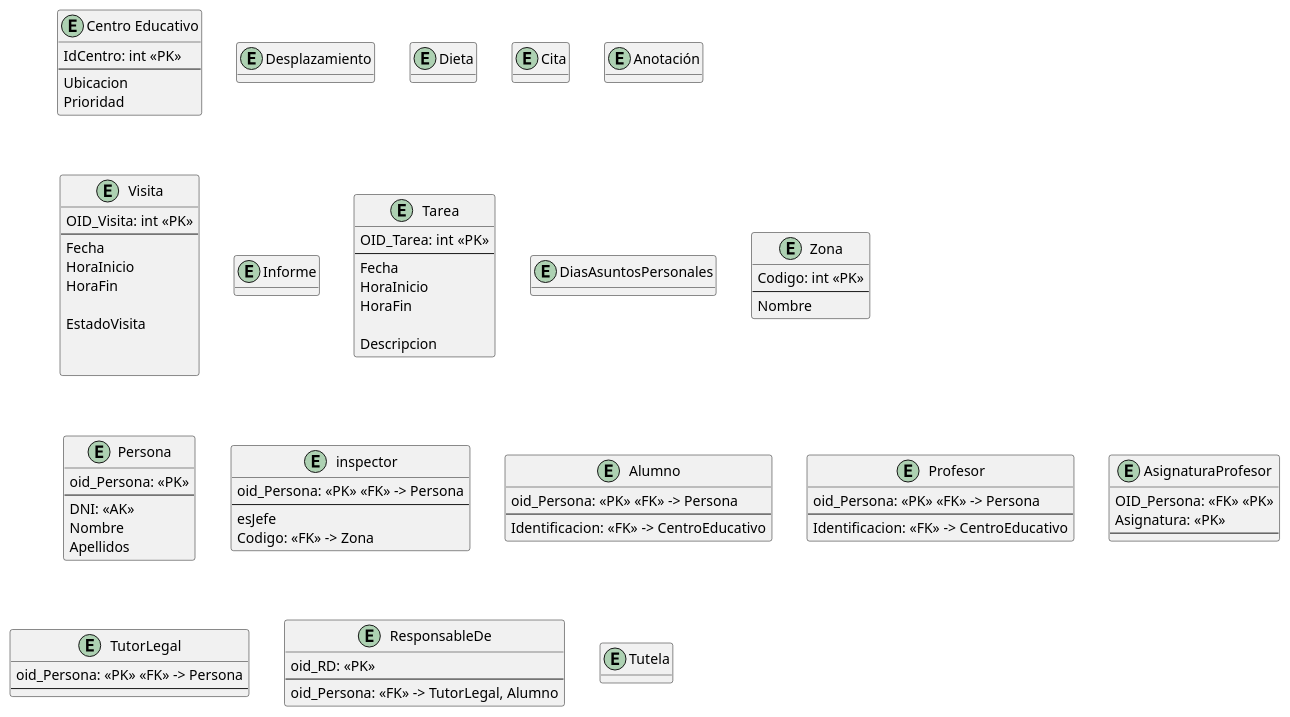
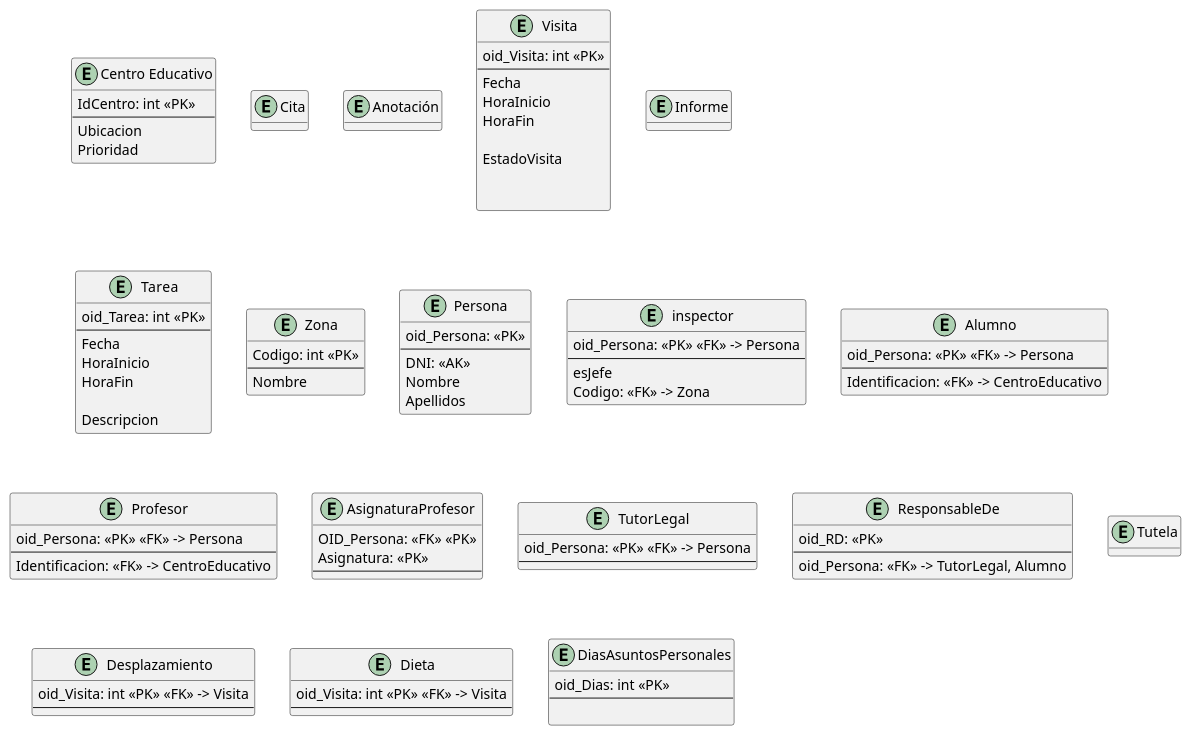
Before and after one commit to javiporti/ProyectoBD_Inspeccion_Educativa: the diagram in modelado/modelado_relacional.puml, drawn with PlantUML.

Commit message:
Añade relación a Dieta y Desplazamiento con visita

```diff
--- a/modelado/modelado_relacional.puml
+++ b/modelado/modelado_relacional.puml
@@ -1,115 +1,120 @@
 @startuml modelado_conceptual
 hide methods
 skinparam ClassAttributeIconSize 0
 
 
 entity "Centro Educativo" as CentroEducativo {
     IdCentro: int <<PK>>
     --
     Ubicacion
     Prioridad
 }
 
-entity Desplazamiento {
-
-}
-
-entity Dieta {
-
-}
 
 entity Cita {
 
 }
 
 entity Anotación {
 
 }
 
 
 
 entity Visita {
-    OID_Visita: int <<PK>>
+    oid_Visita: int <<PK>>
     --
     Fecha
     HoraInicio
     HoraFin
 
     EstadoVisita
 
 
 }
 
 entity Informe {
 
 }
 
 entity Tarea {
-    OID_Tarea: int <<PK>>
+    oid_Tarea: int <<PK>>
     --
     Fecha
     HoraInicio
     HoraFin
 
     Descripcion
 }
 
-entity DiasAsuntosPersonales {
-
-}
 
 entity Zona {
     Codigo: int <<PK>>
     --
     Nombre
 }
 
 entity Persona {
     oid_Persona: <<PK>>
     --
     DNI: <<AK>>
     Nombre
     Apellidos
 }
 
 entity inspector {
     oid_Persona: <<PK>> <<FK>> -> Persona
     --
     esJefe
     Codigo: <<FK>> -> Zona
 }
 
 entity Alumno {
     oid_Persona: <<PK>> <<FK>> -> Persona
     --
     Identificacion: <<FK>> -> CentroEducativo
 }
 
 entity Profesor {
     oid_Persona: <<PK>> <<FK>> -> Persona
     --
     Identificacion: <<FK>> -> CentroEducativo
 }
 
 entity AsignaturaProfesor {
     OID_Persona: <<FK>> <<PK>>
     Asignatura: <<PK>>
     --
 }
 
 entity TutorLegal {
     oid_Persona: <<PK>> <<FK>> -> Persona
     --
 }
 
 entity ResponsableDe {
     oid_RD: <<PK>>
     --
     oid_Persona: <<FK>> -> TutorLegal, Alumno
 }
 
 entity Tutela {
 
 }
 
+entity Desplazamiento {
+    oid_Visita: int <<PK>> <<FK>> -> Visita
+    --
+}
+
+entity Dieta {
+    oid_Visita: int <<PK>> <<FK>> -> Visita
+    --
+}
+
+entity DiasAsuntosPersonales {
+    oid_Dias: int <<PK>>
+    --
+    
+}
 @enduml
```
